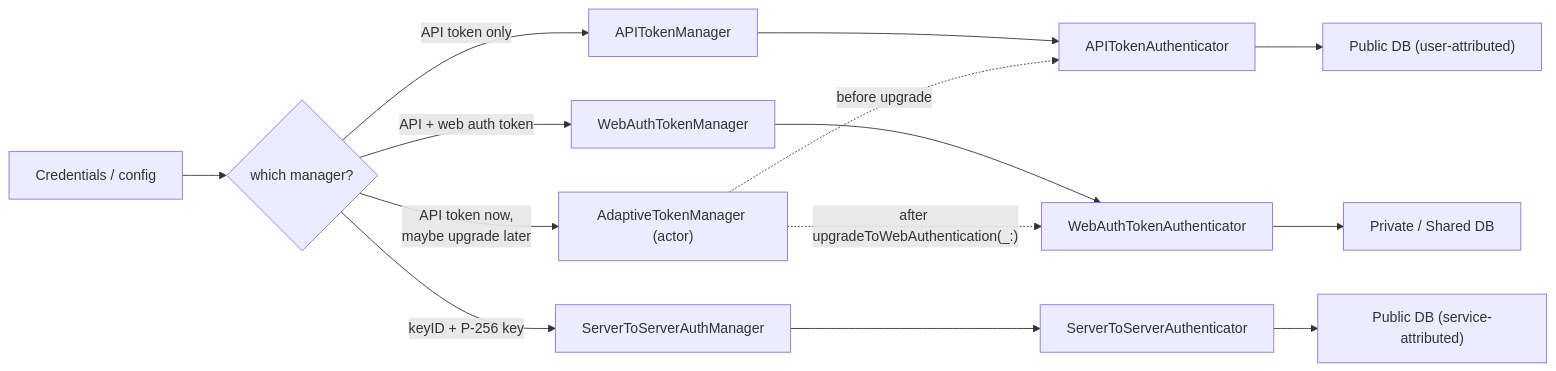
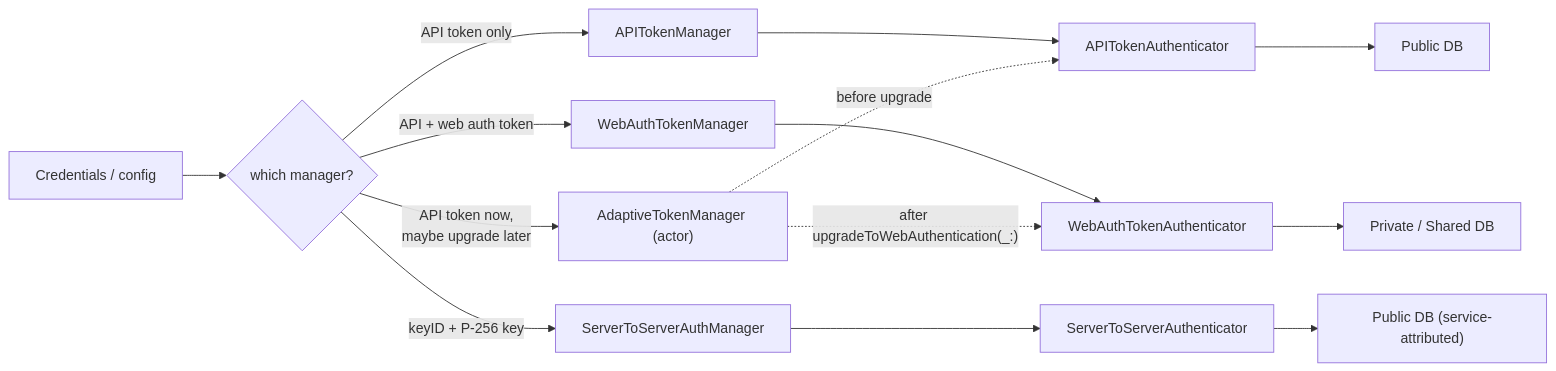
Before and after one commit to brightdigit/MistKit: the fourth of 4 diagrams in docs/internals/authentication-middleware.md, drawn with Mermaid. The commit also changed other lines of this file and 1147 other files, not shown here.

````diff
--- a/docs/internals/authentication-middleware.md
+++ b/docs/internals/authentication-middleware.md
@@ -332,18 +344,18 @@
 ```mermaid
 flowchart LR
   Cfg["Credentials / config"] --> Choose{which manager?}
   Choose -- "API token only" --> APITM["APITokenManager"]
   Choose -- "API + web auth token" --> WATM["WebAuthTokenManager"]
   Choose -- "keyID + P-256 key" --> S2STM["ServerToServerAuthManager"]
   Choose -- "API token now,<br/>maybe upgrade later" --> Adapt["AdaptiveTokenManager (actor)"]
 
   APITM --> APIA["APITokenAuthenticator"]
   WATM --> WAA["WebAuthTokenAuthenticator"]
   S2STM --> S2SA["ServerToServerAuthenticator"]
   Adapt -. "before upgrade" .-> APIA
   Adapt -. "after upgradeToWebAuthentication(_:)" .-> WAA
 
-  APIA --> Pub["Public DB (user-attributed)"]
+  APIA --> Pub["Public DB"]
   WAA --> PrivShared["Private / Shared DB"]
   S2SA --> PubS2S["Public DB (service-attributed)"]
 ```
````
